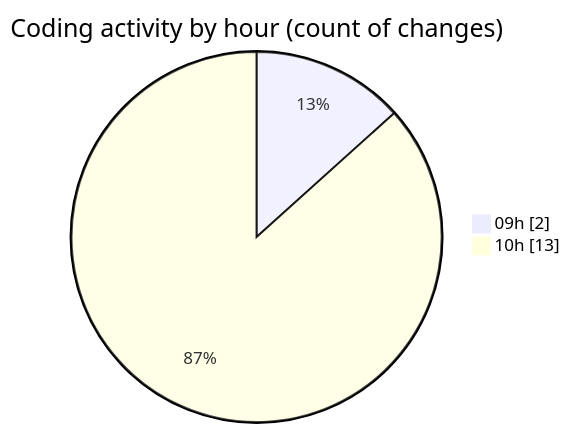
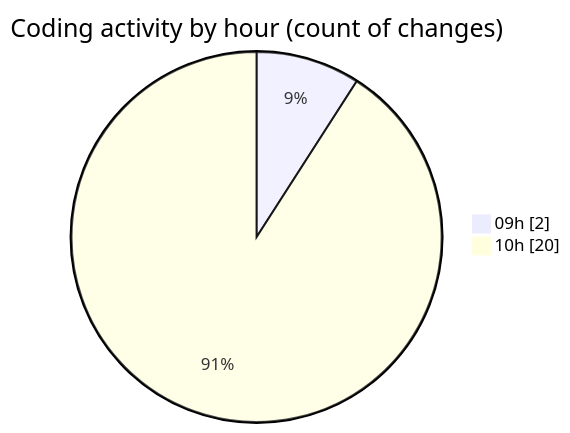
One commit to momahboobian/code-tracking changed the second of 2 diagrams in 2026-08-06/cda/README.md. Above: the diagram before and after it, drawn with Mermaid. The commit also changed other lines of this file and 1 other file, not shown here.

````diff
--- a/2026-08-06/cda/README.md
+++ b/2026-08-06/cda/README.md
@@ -32,6 +33,6 @@
 ```mermaid
 pie showData
 title Coding activity by hour (count of changes)
 "09h" : 2
-"10h" : 13
+"10h" : 20
 ```
````
